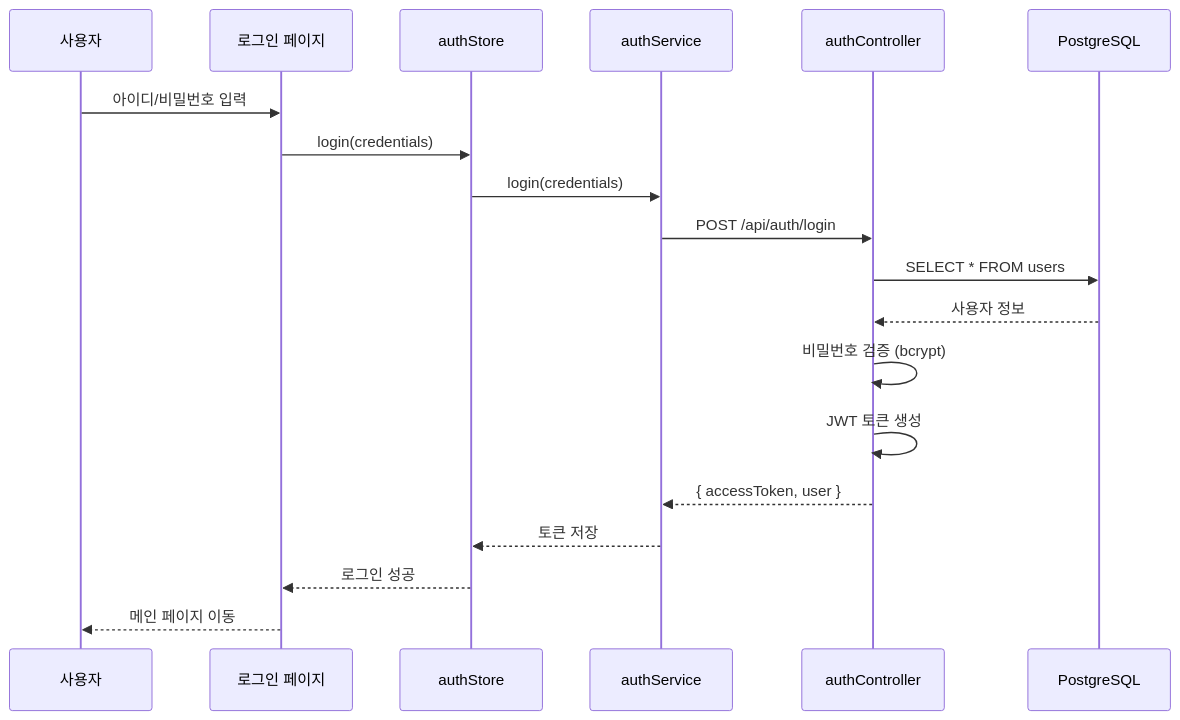
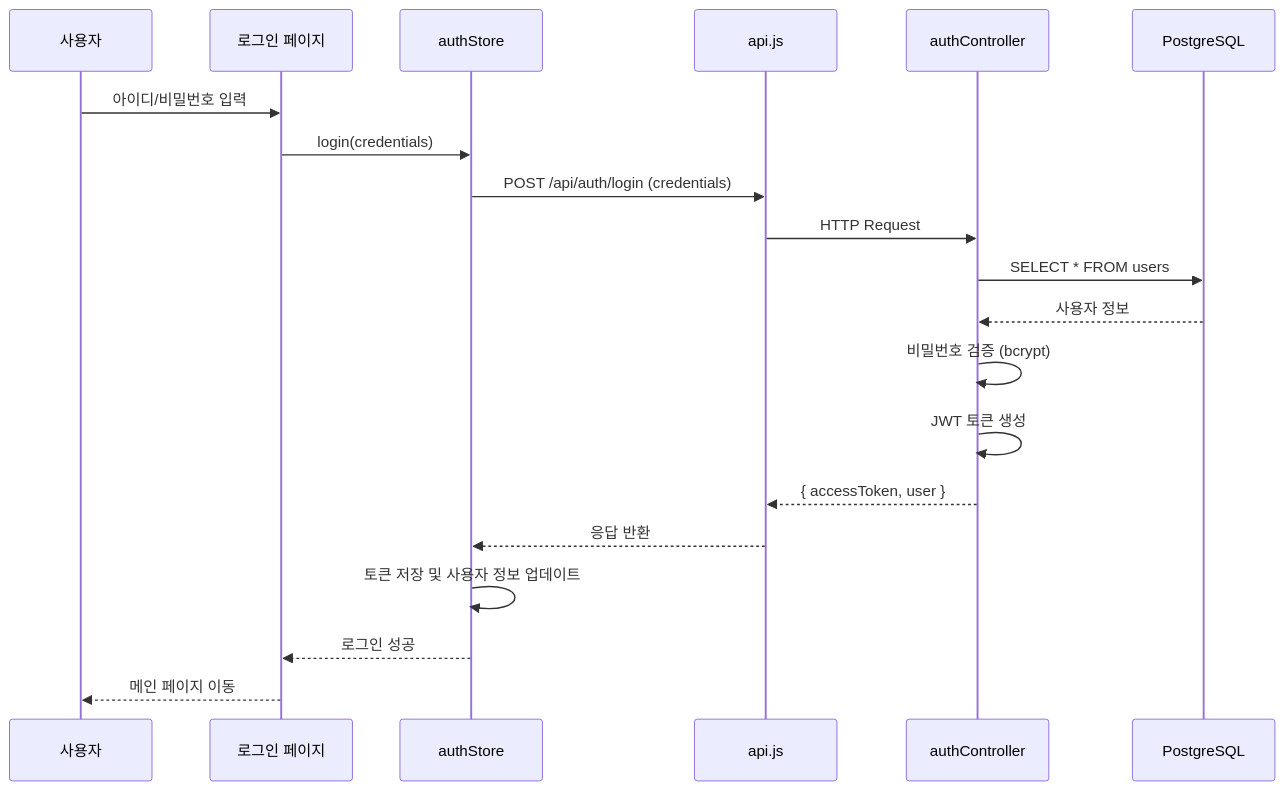
The seventh of 13 diagrams in doc/6-arch-diagram.md (lyjoo17/lyjoo-Secure-To-Do-List), drawn with Mermaid before and after one commit. The commit also changed other lines of this file and 74 other files, not shown here.

````diff
--- a/doc/6-arch-diagram.md
+++ b/doc/6-arch-diagram.md
@@ -409,22 +422,23 @@
 ```mermaid
 sequenceDiagram
     participant User as 사용자
     participant UI as 로그인 페이지
     participant AuthStore as authStore
-    participant AuthSvc as authService
-    participant API as authController
+    participant APIClient as api.js
+    participant Backend as authController
     participant DB as PostgreSQL
 
     User->>UI: 아이디/비밀번호 입력
     UI->>AuthStore: login(credentials)
-    AuthStore->>AuthSvc: login(credentials)
-    AuthSvc->>API: POST /api/auth/login
-    API->>DB: SELECT * FROM users
-    DB-->>API: 사용자 정보
-    API->>API: 비밀번호 검증 (bcrypt)
-    API->>API: JWT 토큰 생성
-    API-->>AuthSvc: { accessToken, user }
-    AuthSvc-->>AuthStore: 토큰 저장
+    AuthStore->>APIClient: POST /api/auth/login (credentials)
+    APIClient->>Backend: HTTP Request
+    Backend->>DB: SELECT * FROM users
+    DB-->>Backend: 사용자 정보
+    Backend->>Backend: 비밀번호 검증 (bcrypt)
+    Backend->>Backend: JWT 토큰 생성
+    Backend-->>APIClient: { accessToken, user }
+    APIClient-->>AuthStore: 응답 반환
+    AuthStore->>AuthStore: 토큰 저장 및 사용자 정보 업데이트
     AuthStore-->>UI: 로그인 성공
     UI-->>User: 메인 페이지 이동
 ```
````
